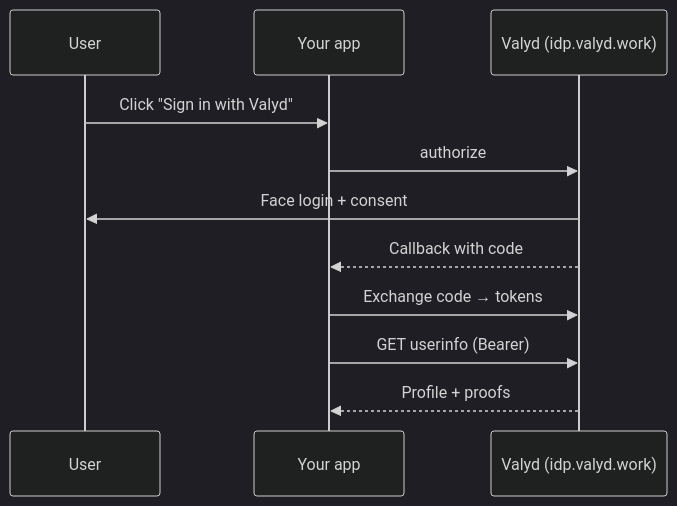
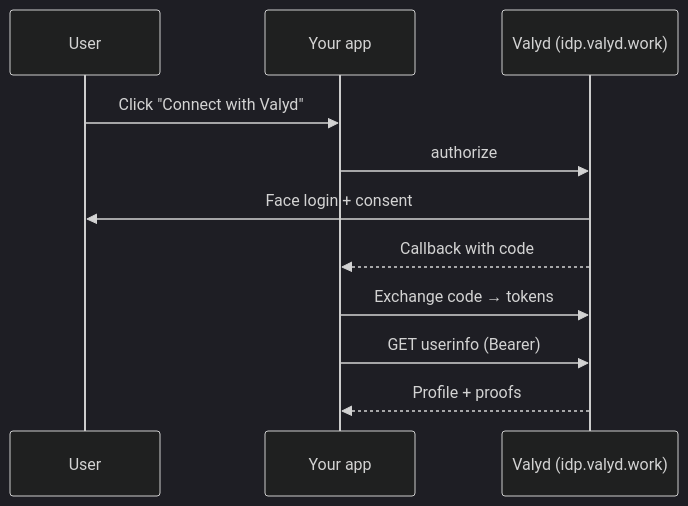
The diagram in content/docs/index.md (valyd-id/documentation), drawn with Mermaid (dark theme) before and after one commit. The commit also changed other lines of this file and 97 other files, not shown here.

````diff
--- a/content/docs/index.md
+++ b/content/docs/index.md
@@ -36,13 +38,13 @@
 ```mermaid
 sequenceDiagram
     participant U as User
     participant App as Your app
     participant V as Valyd (idp.valyd.work)
-    U->>App: Click "Sign in with Valyd"
+    U->>App: Click "Connect with Valyd"
     App->>V: authorize
     V->>U: Face login + consent
     V-->>App: Callback with code
     App->>V: Exchange code → tokens
     App->>V: GET userinfo (Bearer)
     V-->>App: Profile + proofs
 ```
````
